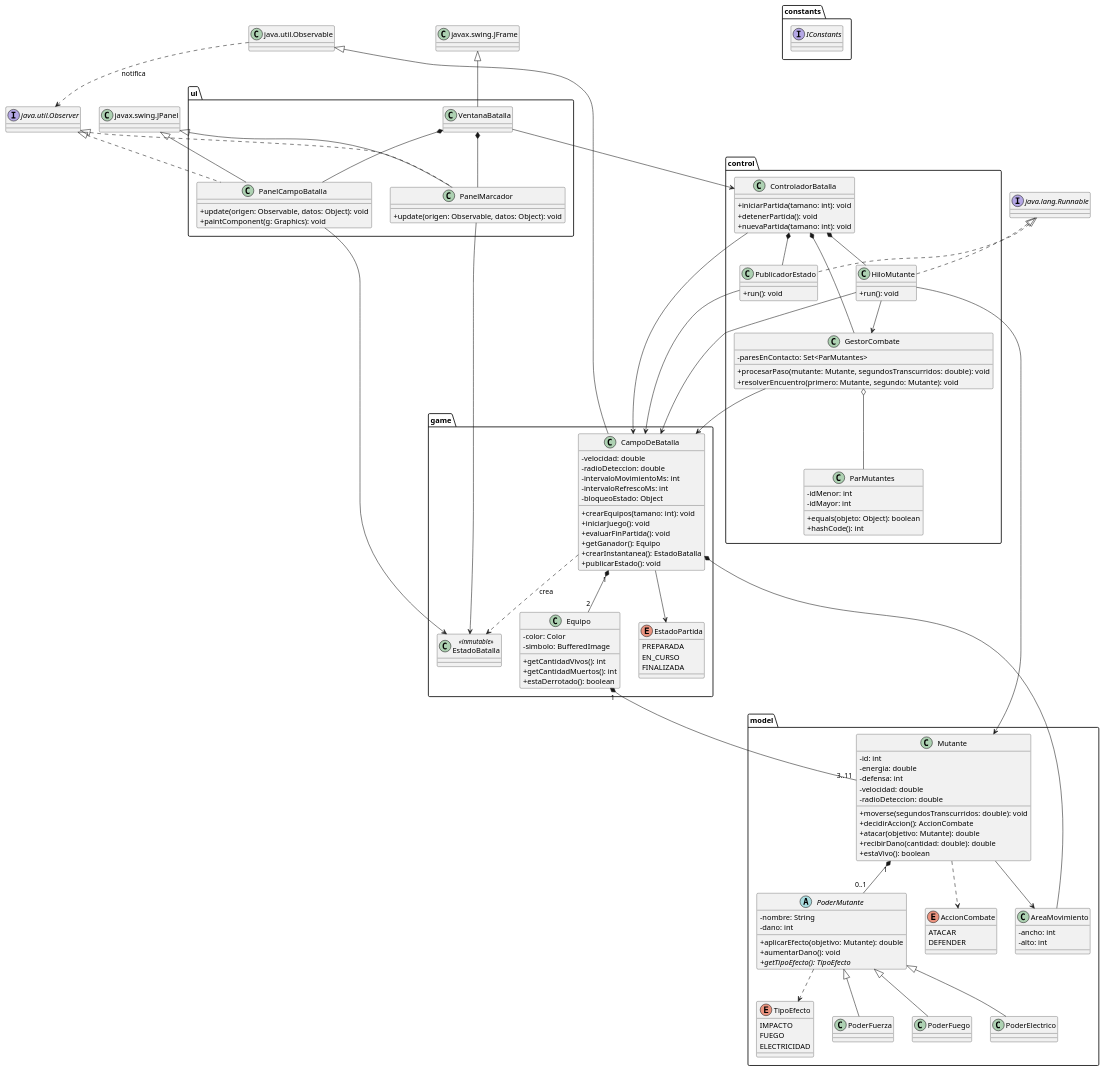
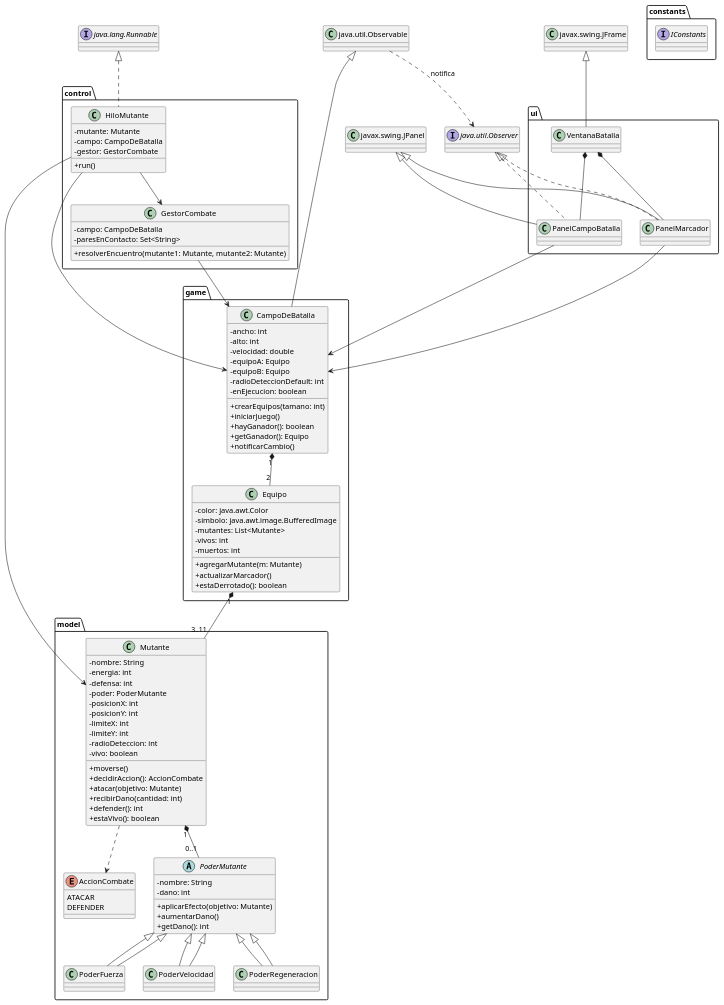
Before and after one commit to ChiefPat04/POO: the diagram in CASOS/README.md, drawn with PlantUML. The commit also changed other lines of this file, not shown here.

Commit message:
Actualizar especificaciones y UML en README.md

````diff
--- a/CASOS/README.md
+++ b/CASOS/README.md
@@ -297,108 +171,97 @@
-```plantuml
 @startuml
 skinparam classAttributeIconSize 0
+
 package constants {
   interface IConstants
 }
+
 package model {
-  class AreaMovimiento {
-    -ancho: int
-    -alto: int
-  }
   enum AccionCombate {
     ATACAR
     DEFENDER
   }
-  enum TipoEfecto {
-    IMPACTO
-    FUEGO
-    ELECTRICIDAD
-  }
-  class Mutante {
-    -id: int
-    -energia: double
-    -defensa: int
-    -velocidad: double
-    -radioDeteccion: double
-    +moverse(segundosTranscurridos: double): void
-    +decidirAccion(): AccionCombate
-    +atacar(objetivo: Mutante): double
-    +recibirDano(cantidad: double): double
-    +estaVivo(): boolean
-  }
+
   abstract class PoderMutante {
     -nombre: String
     -dano: int
-    +aplicarEfecto(objetivo: Mutante): double
-    +aumentarDano(): void
-    {abstract} +getTipoEfecto(): TipoEfecto
+    +aplicarEfecto(objetivo: Mutante)
+    +aumentarDano()
+    +getDano(): int
   }
-  class PoderFuerza
-  class PoderFuego
-  class PoderElectrico
+
+  class PoderFuerza extends PoderMutante
+  class PoderVelocidad extends PoderMutante
+  class PoderRegeneracion extends PoderMutante
+
+  class Mutante {
+    -nombre: String
+    -energia: int
+    -defensa: int
+    -poder: PoderMutante
+    -posicionX: int
+    -posicionY: int
+    -limiteX: int
+    -limiteY: int
+    -radioDeteccion: int
+    -vivo: boolean
+    +moverse()
+    +decidirAccion(): AccionCombate
+    +atacar(objetivo: Mutante)
+    +recibirDano(cantidad: int)
+    +defender(): int
+    +estaVivo(): boolean
+  }
 }
+
 package game {
   class Equipo {
-    -color: Color
-    -simbolo: BufferedImage
-    +getCantidadVivos(): int
-    +getCantidadMuertos(): int
+    -color: java.awt.Color
+    -simbolo: java.awt.image.BufferedImage
+    -mutantes: List<Mutante>
+    -vivos: int
+    -muertos: int
+    +agregarMutante(m: Mutante)
+    +actualizarMarcador()
     +estaDerrotado(): boolean
   }
-  enum EstadoPartida {
-    PREPARADA
-    EN_CURSO
-    FINALIZADA
-  }
+
   class CampoDeBatalla {
+    -ancho: int
+    -alto: int
     -velocidad: double
-    -radioDeteccion: double
-    -intervaloMovimientoMs: int
-    -intervaloRefrescoMs: int
-    -bloqueoEstado: Object
-    +crearEquipos(tamano: int): void
-    +iniciarJuego(): void
-    +evaluarFinPartida(): void
+    -equipoA: Equipo
+    -equipoB: Equipo
+    -radioDeteccionDefault: int
+    -enEjecucion: boolean
+    +crearEquipos(tamano: int)
+    +iniciarJuego()
+    +hayGanador(): boolean
     +getGanador(): Equipo
-    +crearInstantanea(): EstadoBatalla
-    +publicarEstado(): void
-  }
-  class EstadoBatalla <<inmutable>>
-}
-package control {
-  class ControladorBatalla {
-    +iniciarPartida(tamano: int): void
-    +detenerPartida(): void
-    +nuevaPartida(tamano: int): void
-  }
-  class HiloMutante {
-    +run(): void
-  }
-  class GestorCombate {
-    -paresEnContacto: Set<ParMutantes>
-    +procesarPaso(mutante: Mutante, segundosTranscurridos: double): void
-    +resolverEncuentro(primero: Mutante, segundo: Mutante): void
-  }
-  class ParMutantes {
-    -idMenor: int
-    -idMayor: int
-    +equals(objeto: Object): boolean
-    +hashCode(): int
-  }
-  class PublicadorEstado {
-    +run(): void
+    +notificarCambio()
   }
 }
+
+package control {
+  class HiloMutante {
+    -mutante: Mutante
+    -campo: CampoDeBatalla
+    -gestor: GestorCombate
+    +run()
+  }
+
+  class GestorCombate {
+    -campo: CampoDeBatalla
+    -paresEnContacto: Set<String>
+    +resolverEncuentro(mutante1: Mutante, mutante2: Mutante)
+  }
+}
+
 package ui {
   class VentanaBatalla
-  class PanelCampoBatalla {
-    +update(origen: Observable, datos: Object): void
-    +paintComponent(g: Graphics): void
-  }
-  class PanelMarcador {
-    +update(origen: Observable, datos: Object): void
-  }
+  class PanelCampoBatalla
+  class PanelMarcador
 }
+
 class "java.util.Observable" as Observable
 interface "java.util.Observer" as Observer
 interface "java.lang.Runnable" as Runnable
@@ -406,40 +269,30 @@
 class "javax.swing.JPanel" as JPanel
 
 PoderMutante <|-- PoderFuerza
-PoderMutante <|-- PoderFuego
-PoderMutante <|-- PoderElectrico
-PoderMutante ..> TipoEfecto
+PoderMutante <|-- PoderVelocidad
+PoderMutante <|-- PoderRegeneracion
+
 Mutante "1" *-- "0..1" PoderMutante
-Mutante --> AreaMovimiento
 Mutante ..> AccionCombate
 Equipo "1" *-- "3..11" Mutante
 CampoDeBatalla "1" *-- "2" Equipo
-CampoDeBatalla *-- AreaMovimiento
-CampoDeBatalla --> EstadoPartida
-CampoDeBatalla ..> EstadoBatalla : crea
 Observable <|-- CampoDeBatalla
-ControladorBatalla --> CampoDeBatalla
-ControladorBatalla *-- HiloMutante
-ControladorBatalla *-- GestorCombate
-ControladorBatalla *-- PublicadorEstado
+
 Runnable <|.. HiloMutante
-Runnable <|.. PublicadorEstado
 HiloMutante --> Mutante
 HiloMutante --> CampoDeBatalla
 HiloMutante --> GestorCombate
 GestorCombate --> CampoDeBatalla
-GestorCombate o-- ParMutantes
-PublicadorEstado --> CampoDeBatalla
+
 JFrame <|-- VentanaBatalla
 JPanel <|-- PanelCampoBatalla
 JPanel <|-- PanelMarcador
 Observer <|.. PanelCampoBatalla
 Observer <|.. PanelMarcador
-VentanaBatalla --> ControladorBatalla
+
 VentanaBatalla *-- PanelCampoBatalla
 VentanaBatalla *-- PanelMarcador
-PanelCampoBatalla --> EstadoBatalla
-PanelMarcador --> EstadoBatalla
+PanelCampoBatalla --> CampoDeBatalla
+PanelMarcador --> CampoDeBatalla
 Observable ..> Observer : notifica
 @enduml
-```
````
